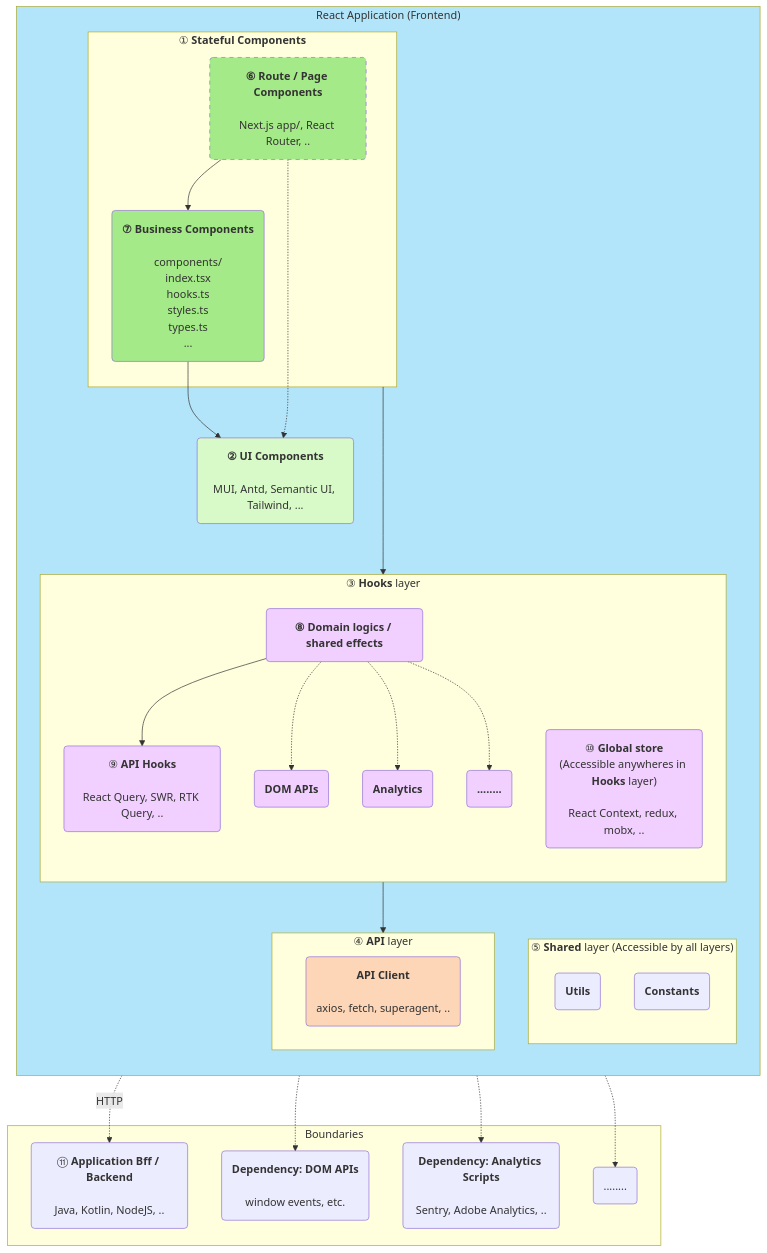
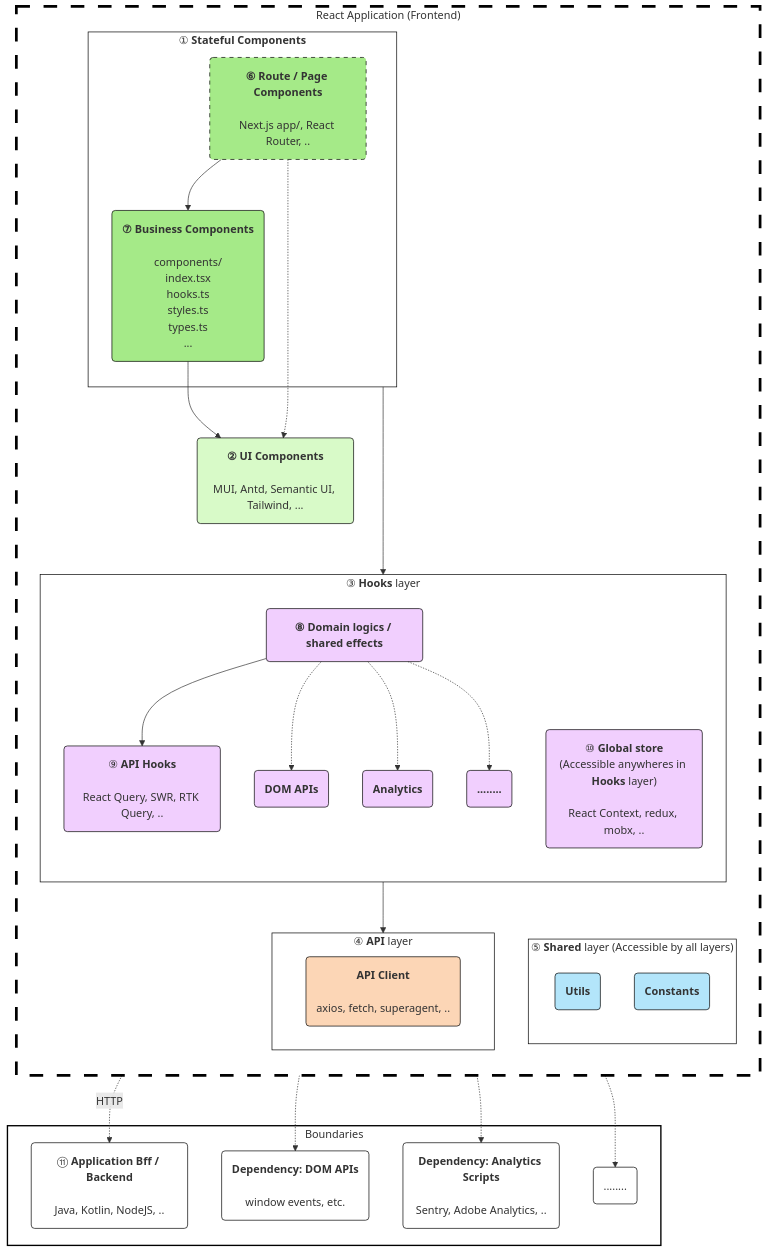
The second of 4 diagrams in _posts/2023-12-10-react-unit-testing-best-practices.md (EthanLin-TWer/blog), drawn with Mermaid before and after one commit. The commit also changed other lines of this file, not shown here.

Commit message:
🌞post: adjust the colors and styles of the architecture diagram

````diff
--- a/_posts/2023-12-10-react-unit-testing-best-practices.md
+++ b/_posts/2023-12-10-react-unit-testing-best-practices.md
@@ -132,21 +132,32 @@
   deps_analytics(<b>Dependency: Analytics Scripts</b><br/><br/>Sentry, Adobe Analytics, ..)
 
   %% styles - #D8FAC8 #A5EA88 #F1CFFE #B3E5FA #FCD6B6
-  style route_components stroke-dasharray: 6 6
-  style app fill:#B3E5FA
-  style business_components fill:#A5EA88
-  style route_components fill:#A5EA88
-  style ui_components fill:#D8FAC8
+  style route_components stroke-dasharray: 6 6,stroke: #000
+  style app fill:#FFF,stroke: #000,stroke-dasharray: 20 20,stroke-width:4
+  style business_components fill:#A5EA88,stroke: #000
+  style route_components fill:#A5EA88,stroke: #000
+  style ui_components fill:#D8FAC8,stroke: #000
   
-  style shared_hooks fill:#F1CFFE
-  style api_hooks fill:#F1CFFE
-  style dom_hooks fill:#F1CFFE
-  style analytics_hooks fill:#F1CFFE
-  style global_store fill:#F1CFFE
-  style etc_hooks fill:#F1CFFE
+  style shared_hooks fill:#F1CFFE,stroke: #000
+  style api_hooks fill:#F1CFFE,stroke: #000
+  style dom_hooks fill:#F1CFFE,stroke: #000
+  style analytics_hooks fill:#F1CFFE,stroke: #000
+  style global_store fill:#F1CFFE,stroke: #000
+  style etc_hooks fill:#F1CFFE,stroke: #000
+  style api_client fill:#FCD6B6,stroke: #000
+  style utils fill:#B3E5FA,stroke: #000
+  style constants fill:#B3E5FA,stroke: #000
+
+  style stateful_components fill:#FFF,stroke: #000
+  style hooks_layer fill:#FFF,stroke: #000
+  style shared_layer fill:#FFF,stroke: #000
+  style api_layer fill:#FFF,stroke: #000
+  style boundaries fill:#FFF,stroke: #000,stroke-width:2
+  style bff fill:#FFF,stroke: #000
+  style deps_dom_apis fill:#FFF,stroke: #000
+  style deps_analytics fill:#FFF,stroke: #000
+  style deps_others fill:#FFF,stroke: #000
   
-  style api_client fill:#FCD6B6
-
   %% start: components & connections
   subgraph app ["React Application (Frontend)"];
     direction TB
@@ -203,5 +214,5 @@
   api_layer -. "HTTP" .-> bff
   dom_hooks -.-> deps_dom_apis
   analytics_hooks -.-> deps_analytics 
-  etc_hooks -.-> deps_others 
+  etc_hooks -.-> deps_others
 ```
````
